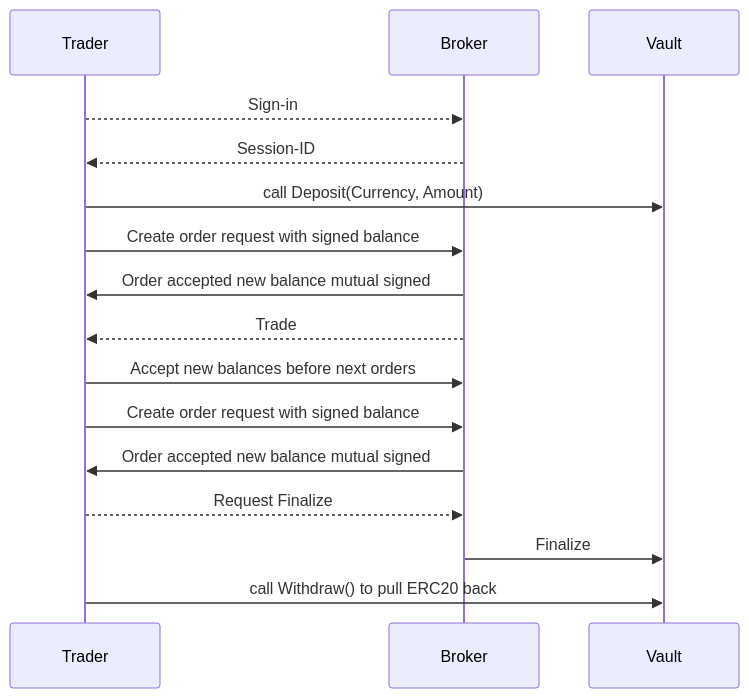
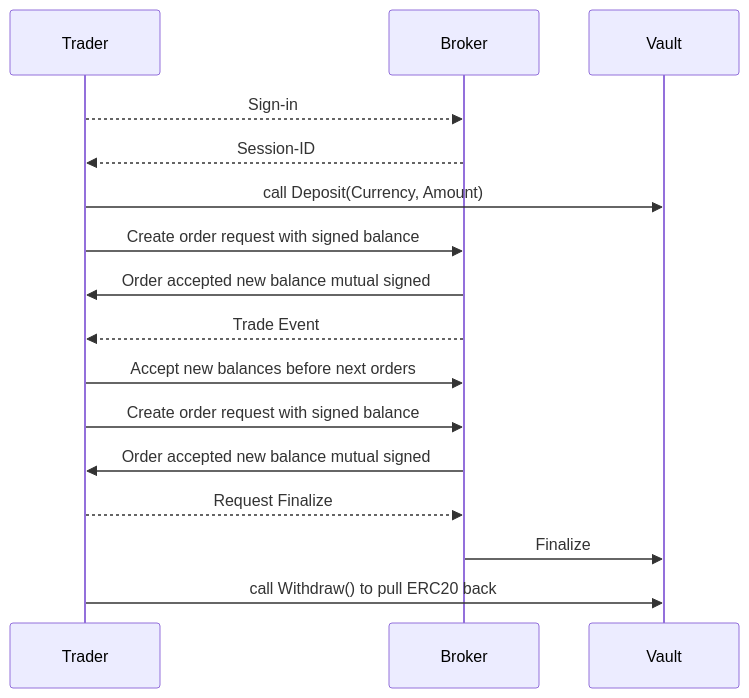
One commit to openware/open-finance changed the first of 2 diagrams in docs/10_trading-channels.md. Above: the diagram before and after it, drawn with Mermaid. The commit also changed other lines of this file and 3 other files, not shown here.

````diff
--- a/docs/10_trading-channels.md
+++ b/docs/10_trading-channels.md
@@ -32,16 +34,16 @@
 ```mermaid
 sequenceDiagram;
     Trader-->>Broker: Sign-in
     Broker-->>Trader: Session-ID
     Trader->>Vault: call Deposit(Currency, Amount)
     Trader->>Broker: Create order request with signed balance
     Broker->>Trader: Order accepted new balance mutual signed
-    Broker-->>Trader: Trade
+    Broker-->>Trader: Trade Event
     Trader->>Broker: Accept new balances before next orders
     Trader->>Broker: Create order request with signed balance
     Broker->>Trader: Order accepted new balance mutual signed
     Trader-->>Broker: Request Finalize
     Broker->>Vault: Finalize
     Trader->>Vault: call Withdraw() to pull ERC20 back
 
 ```
````
